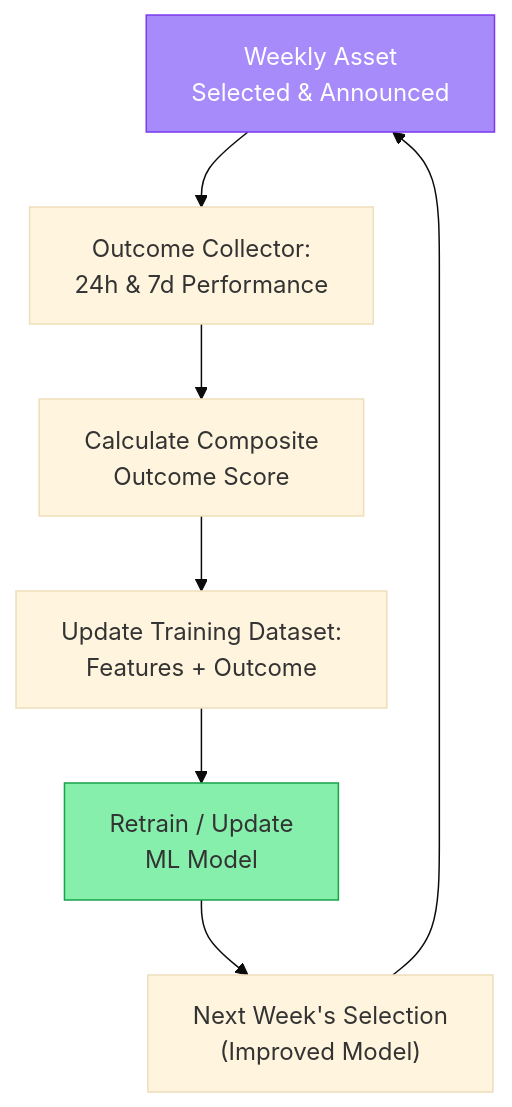
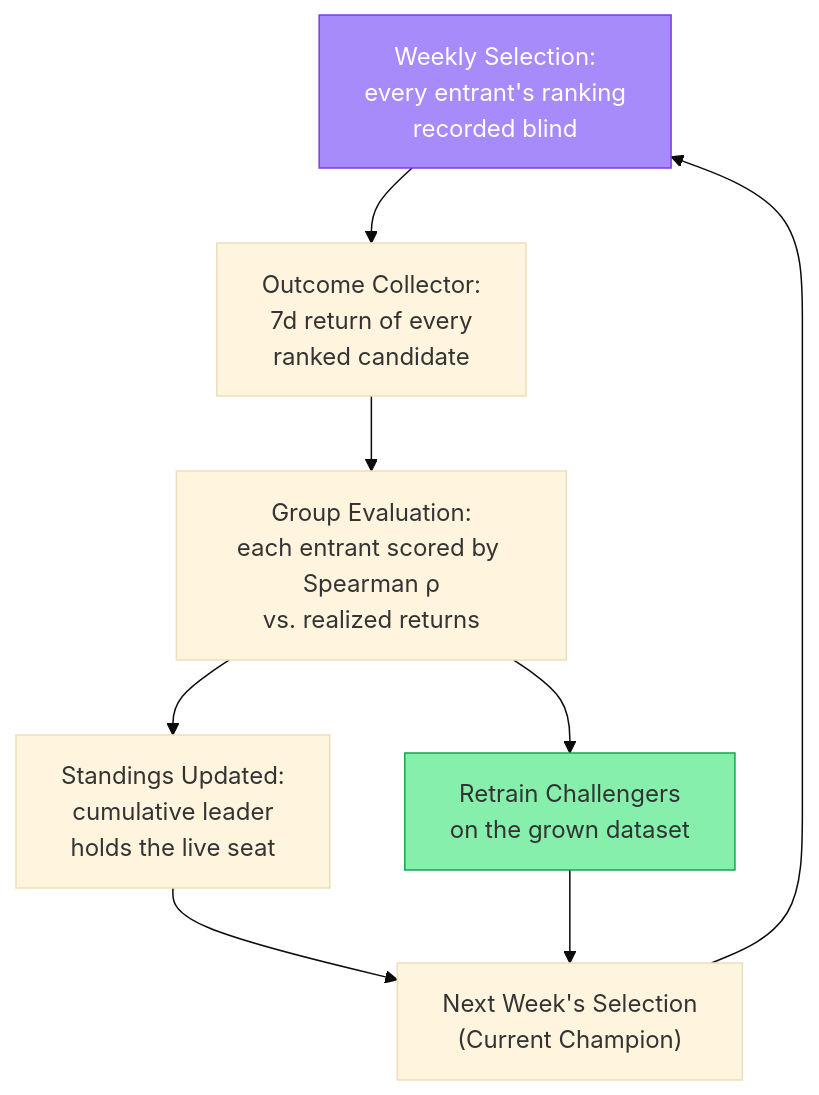
One commit to Miko-Protocol/docs changed the sixth of 6 diagrams in docs/technical-architecture/ai-architecture.md. Above: the diagram before and after it, drawn with Mermaid (base theme). The commit also changed other lines of this file and 2 other files, not shown here.

````diff
--- a/docs/technical-architecture/ai-architecture.md
+++ b/docs/technical-architecture/ai-architecture.md
@@ -358,11 +354,12 @@
 ```mermaid
 graph TD
-    A["Weekly Asset<br/>Selected & Announced"] --> B["Outcome Collector:<br/>24h & 7d Performance"]
-    B --> C["Calculate Composite<br/>Outcome Score"]
-    C --> D["Update Training Dataset:<br/>Features + Outcome"]
-    D --> E["Retrain / Update<br/>ML Model"]
-    E --> F["Next Week's Selection<br/>(Improved Model)"]
+    A["Weekly Selection:<br/>every entrant's ranking<br/>recorded blind"] --> B["Outcome Collector:<br/>7d return of every<br/>ranked candidate"]
+    B --> C["Group Evaluation:<br/>each entrant scored by Spearman ρ<br/>vs. realized returns"]
+    C --> D["Standings Updated:<br/>cumulative leader<br/>holds the live seat"]
+    C --> E["Retrain Challengers<br/>on the grown dataset"]
+    D --> F["Next Week's Selection<br/>(Current Champion)"]
+    E --> F
     F --> A
     style A fill:#a78bfa,stroke:#7c3aed,color:#fff
     style E fill:#86efac,stroke:#16a34a
 ```
````
